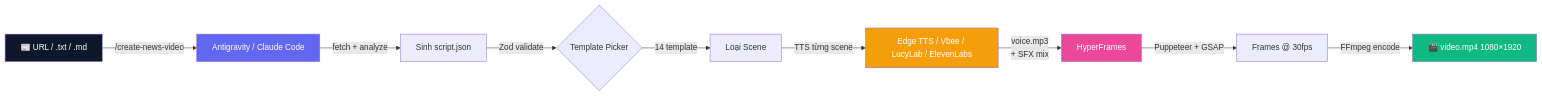
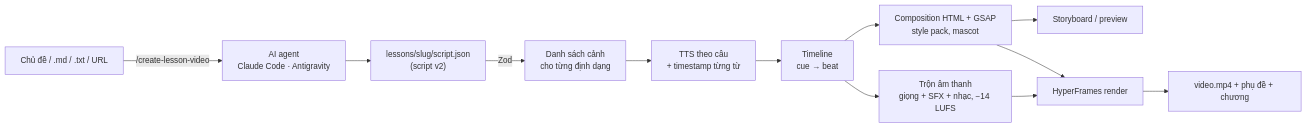
The diagram in README.full.md (dantech0xff/md-to-video-hyperframes), drawn with Mermaid before and after one commit. The commit also changed other lines of this file and 13 other files, not shown here.

First line of the commit message:
docs: describe the project as the Dan Tech Academy lesson-video engine

````diff
--- a/README.full.md
+++ b/README.full.md
@@ -172,17 +78,14 @@
 ```mermaid
 flowchart LR
-    A[📰 URL / .txt / .md] -->|/create-news-video| B[Antigravity / Claude Code]
-    B -->|fetch + analyze| C[Sinh script.json]
-    C -->|Zod validate| D{Template Picker}
-    D -->|14 template| E[Loại Scene]
-    E -->|TTS từng scene| F[Edge TTS / Vbee / LucyLab / ElevenLabs]
-    F -->|voice.mp3<br/>+ SFX mix| G[HyperFrames]
-    G -->|Puppeteer + GSAP| H[Frames @ 30fps]
-    H -->|FFmpeg encode| I[🎬 video.mp4 1080×1920]
-
-    style A fill:#0f172a,color:#fff
-    style I fill:#10b981,color:#fff
-    style B fill:#6366f1,color:#fff
-    style F fill:#f59e0b,color:#fff
-    style G fill:#ec4899,color:#fff
+    A["Chủ đề / .md / .txt / URL"] -->|/create-lesson-video| B["AI agent<br/>Claude Code · Antigravity"]
+    B --> C["lessons/slug/script.json<br/>(script v2)"]
+    C -->|Zod| D["Danh sách cảnh<br/>cho từng định dạng"]
+    D --> E["TTS theo câu<br/>+ timestamp từng từ"]
+    E --> F["Timeline<br/>cue → beat"]
+    F --> G["Trộn âm thanh<br/>giọng + SFX + nhạc, −14 LUFS"]
+    F --> H["Composition HTML + GSAP<br/>style pack, mascot"]
+    H --> I["Storyboard / preview"]
+    G --> J["HyperFrames render"]
+    H --> J
+    J --> K["video.mp4 + phụ đề + chương"]
 ```
````
